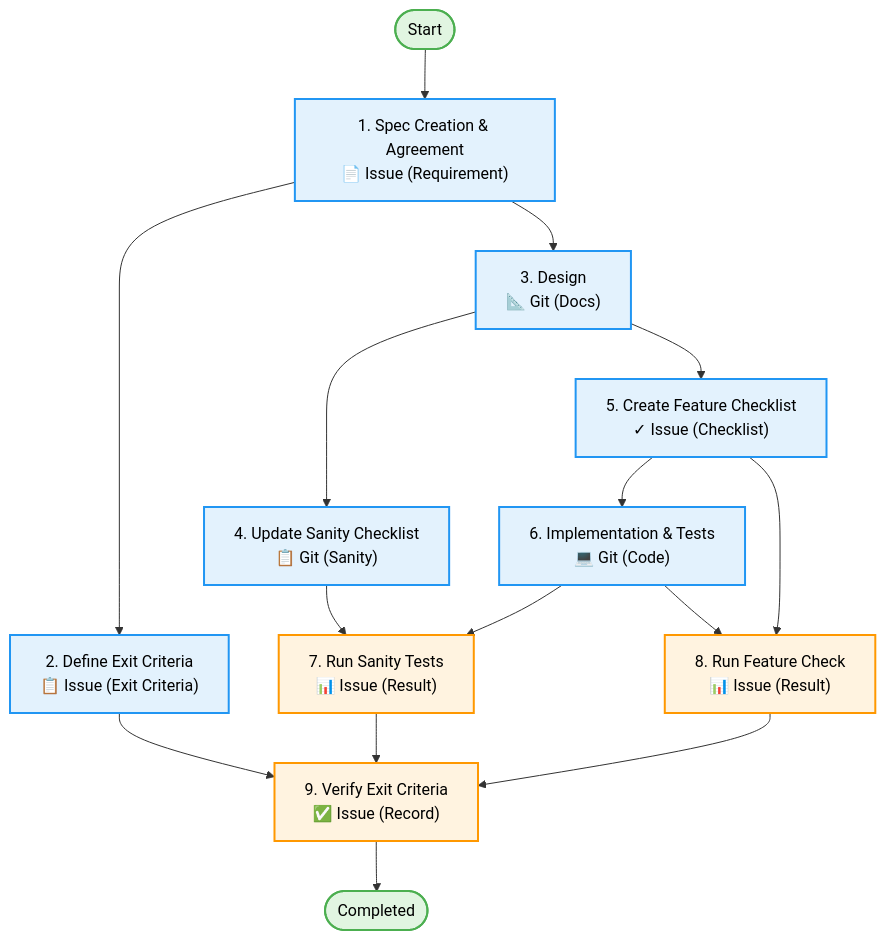
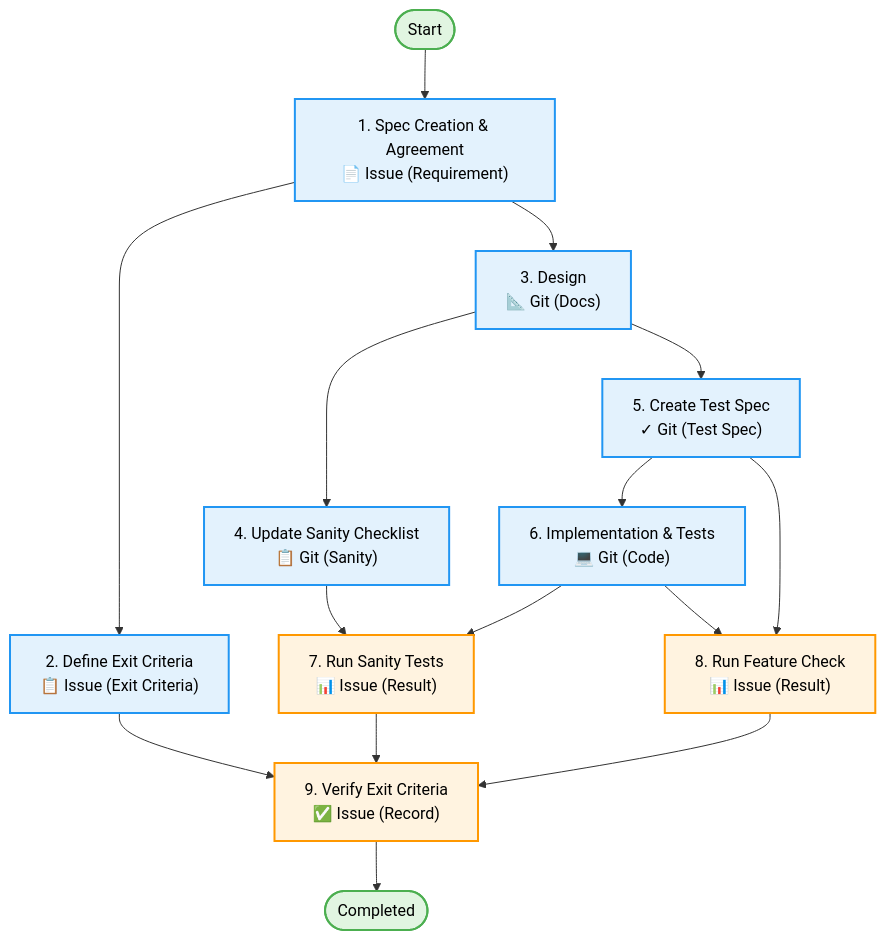
The second of 4 diagrams in knowledge/workflows/workflow.md (LongbowXXX/terraformer), drawn with Mermaid before and after one commit. The commit also changed other lines of this file and 5 other files, not shown here.

````diff
--- a/knowledge/workflows/workflow.md
+++ b/knowledge/workflows/workflow.md
@@ -106,26 +106,26 @@
 ```mermaid
 graph TD
     Start([Start]) --> T1
     T1["1. Spec Creation & Agreement<br/>📄 Issue (Requirement)"] --> T2
     T1 --> T3
     T2["2. Define Exit Criteria<br/>📋 Issue (Exit Criteria)"] --> T9
     T3["3. Design<br/>📐 Git (Docs)"] --> T4
     T3 --> T5
     T5 --> T6
     T4["4. Update Sanity Checklist<br/>📋 Git (Sanity)"] --> T7
-    T5["5. Create Feature Checklist<br/>✓ Issue (Checklist)"] --> T8
+    T5["5. Create Test Spec<br/>✓ Git (Test Spec)"] --> T8
     T6["6. Implementation & Tests<br/>💻 Git (Code)"] --> T7
     T6 --> T8
     T7["7. Run Sanity Tests<br/>📊 Issue (Result)"] --> T9
     T8["8. Run Feature Check<br/>📊 Issue (Result)"] --> T9
     T9["9. Verify Exit Criteria<br/>✅ Issue (Record)"] --> End
     End([Completed])
 
     classDef startEnd fill:#e1f5e1,stroke:#4caf50,stroke-width:2px,color:#000
     classDef task fill:#e3f2fd,stroke:#2196f3,stroke-width:2px,color:#000
     classDef check fill:#fff3e0,stroke:#ff9800,stroke-width:2px,color:#000
 
     class Start,End startEnd
     class T1,T2,T3,T4,T5,T6 task
     class T7,T8,T9 check
 ```
````
